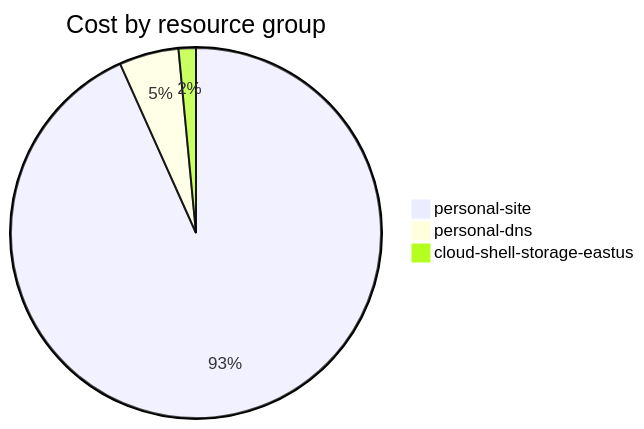
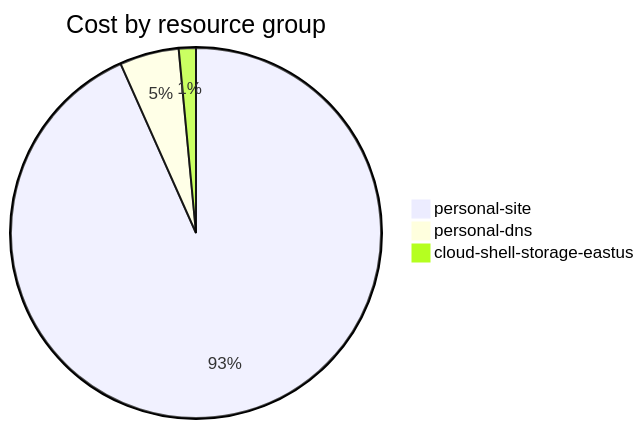
One commit to jpfulton/azure-personal-reports changed the fourth of 4 diagrams in cost-reports/accumulated-cost.md. Above: the diagram before and after it, drawn with Mermaid. The commit also changed other lines of this file and 4 other files, not shown here.

````diff
--- a/cost-reports/accumulated-cost.md
+++ b/cost-reports/accumulated-cost.md
@@ -143,7 +143,7 @@
 ```mermaid
 pie
    title Cost by resource group
-   "personal-site" : 9.87
-   "personal-dns" : 0.55
-   "cloud-shell-storage-eastus" : 0.16
+   "personal-site" : 10.63
+   "personal-dns" : 0.59
+   "cloud-shell-storage-eastus" : 0.17
 ```
````
